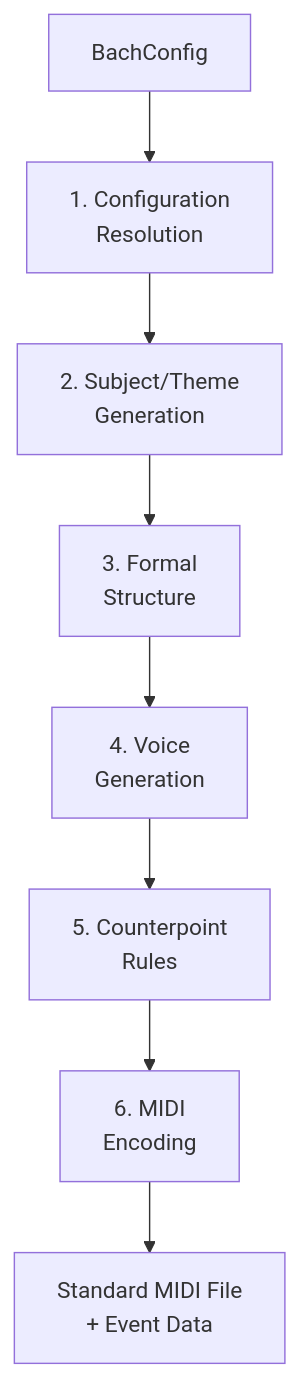
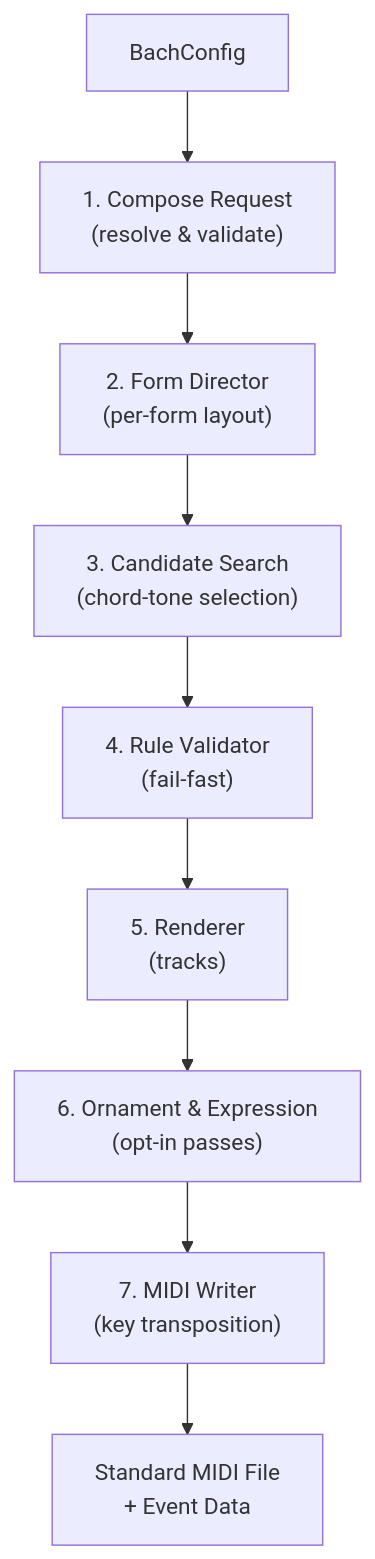
The first of 2 diagrams in src/docs/generation-pipeline.md (libraz/midi-sketch-bach-homepage), drawn with Mermaid before and after one commit. The commit also changed other lines of this file and 34 other files, not shown here.

````diff
--- a/src/docs/generation-pipeline.md
+++ b/src/docs/generation-pipeline.md
@@ -10,10 +10,11 @@
 ```mermaid
 graph TD
-    A["BachConfig"] --> B["1. Configuration<br>Resolution"]
-    B --> C["2. Subject/Theme<br>Generation"]
-    C --> D["3. Formal<br>Structure"]
-    D --> E["4. Voice<br>Generation"]
-    E --> F["5. Counterpoint<br>Rules"]
-    F --> G["6. MIDI<br>Encoding"]
-    G --> H["Standard MIDI File<br>+ Event Data"]
+    A["BachConfig"] --> B["1. Compose Request<br>(resolve & validate)"]
+    B --> C["2. Form Director<br>(per-form layout)"]
+    C --> D["3. Candidate Search<br>(chord-tone selection)"]
+    D --> E["4. Rule Validator<br>(fail-fast)"]
+    E --> F["5. Renderer<br>(tracks)"]
+    F --> G["6. Ornament & Expression<br>(opt-in passes)"]
+    G --> H["7. MIDI Writer<br>(key transposition)"]
+    H --> I["Standard MIDI File<br>+ Event Data"]
 ```
````
